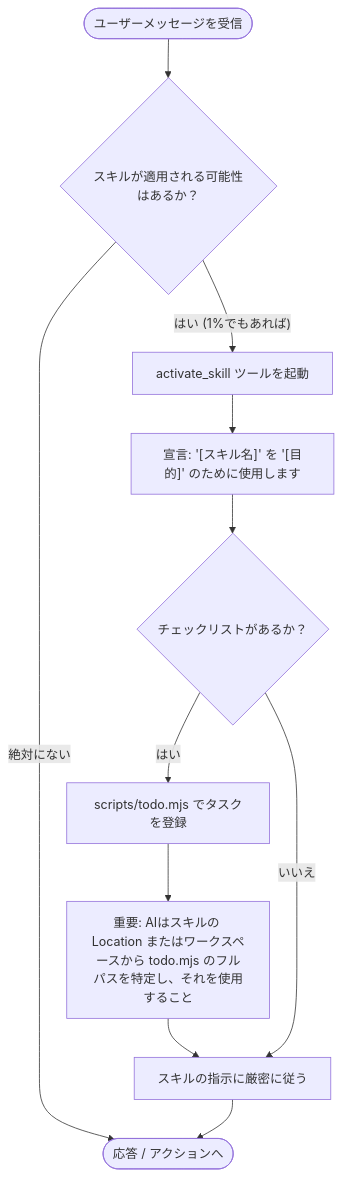
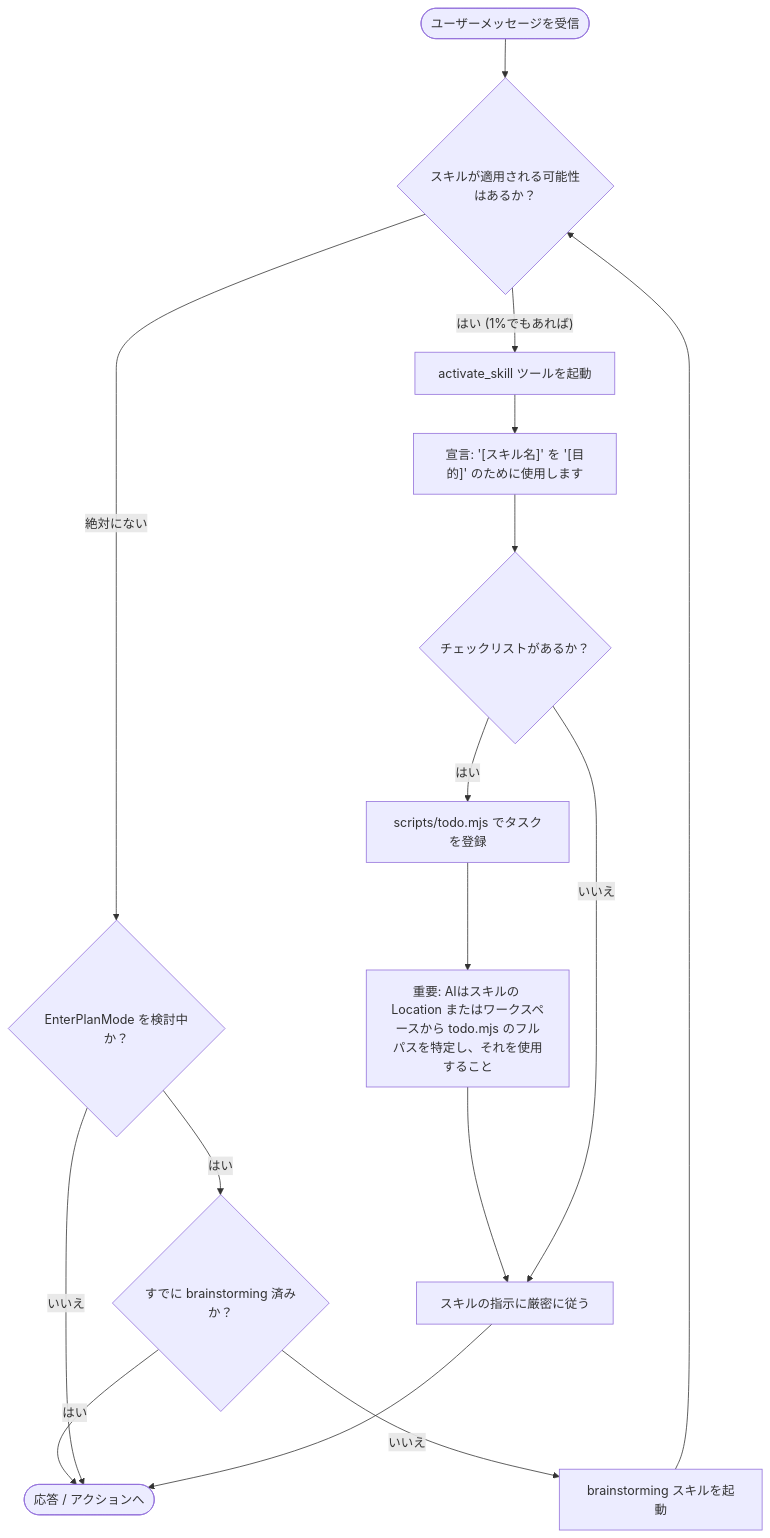
One commit to oki2a24/superpowerssuperpowers changed the diagram in skills/using-superpowers/SKILL.md. Above: the diagram before and after it, drawn with Mermaid. The commit also changed other lines of this file and 2 other files, not shown here.

````diff
--- a/skills/using-superpowers/SKILL.md
+++ b/skills/using-superpowers/SKILL.md
@@ -24,14 +48,21 @@
 ```mermaid
 graph TD
     A([ユーザーメッセージを受信]) --> B{スキルが適用される可能性はあるか？}
     B -- "はい (1%でもあれば)" --> C[activate_skill ツールを起動]
-    B -- "絶対にない" --> H([応答 / アクションへ])
+    B -- "絶対にない" --> P{EnterPlanMode を検討中か？}
+
+    P -- "はい" --> Q{すでに brainstorming 済みか？}
+    Q -- "いいえ" --> R[brainstorming スキルを起動]
+    R --> B
+    Q -- "はい" --> H([応答 / アクションへ])
+    P -- "いいえ" --> H
+
     C --> D["宣言: '[スキル名]' を '[目的]' のために使用します"]
     D --> E{チェックリストがあるか？}
     E -- "はい" --> F["scripts/todo.mjs でタスクを登録"]
     F --> G_PATH["重要: AIはスキルの Location またはワークスペースから todo.mjs のフルパスを特定し、それを使用すること"]
     G_PATH --> G
     E -- "いいえ" --> G[スキルの指示に厳密に従う]
 
     G --> H
 ```
````
